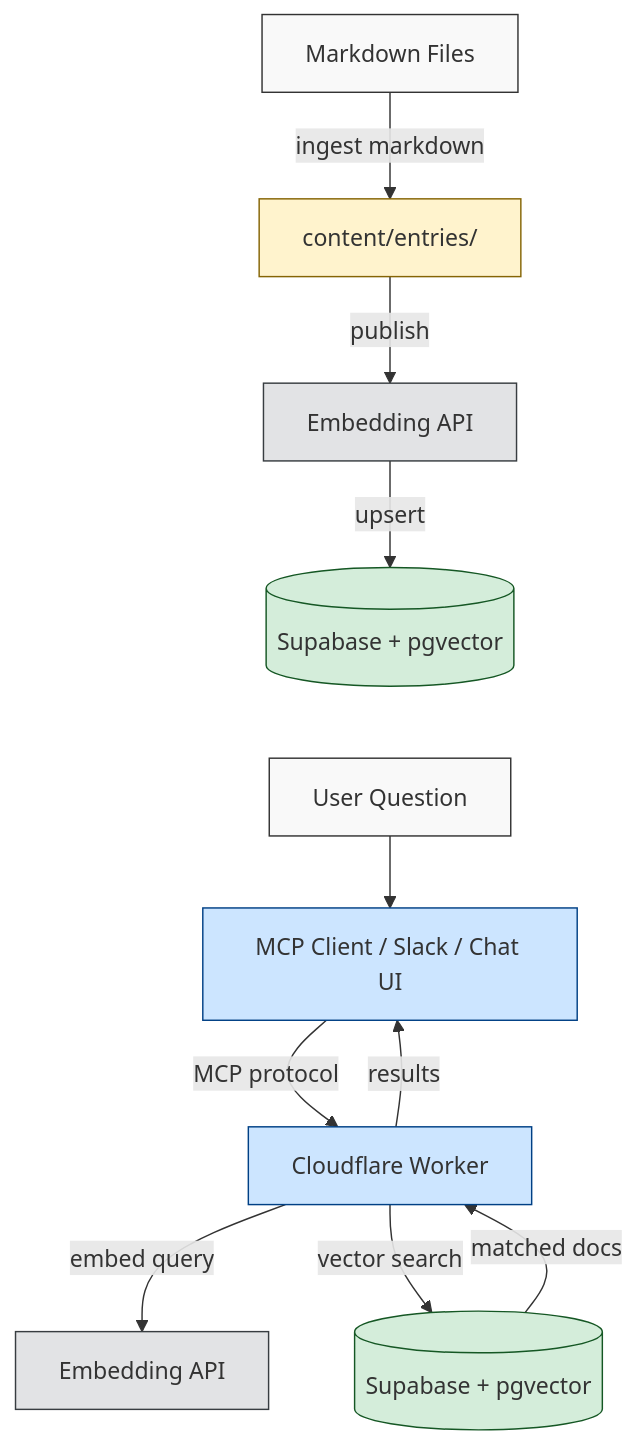
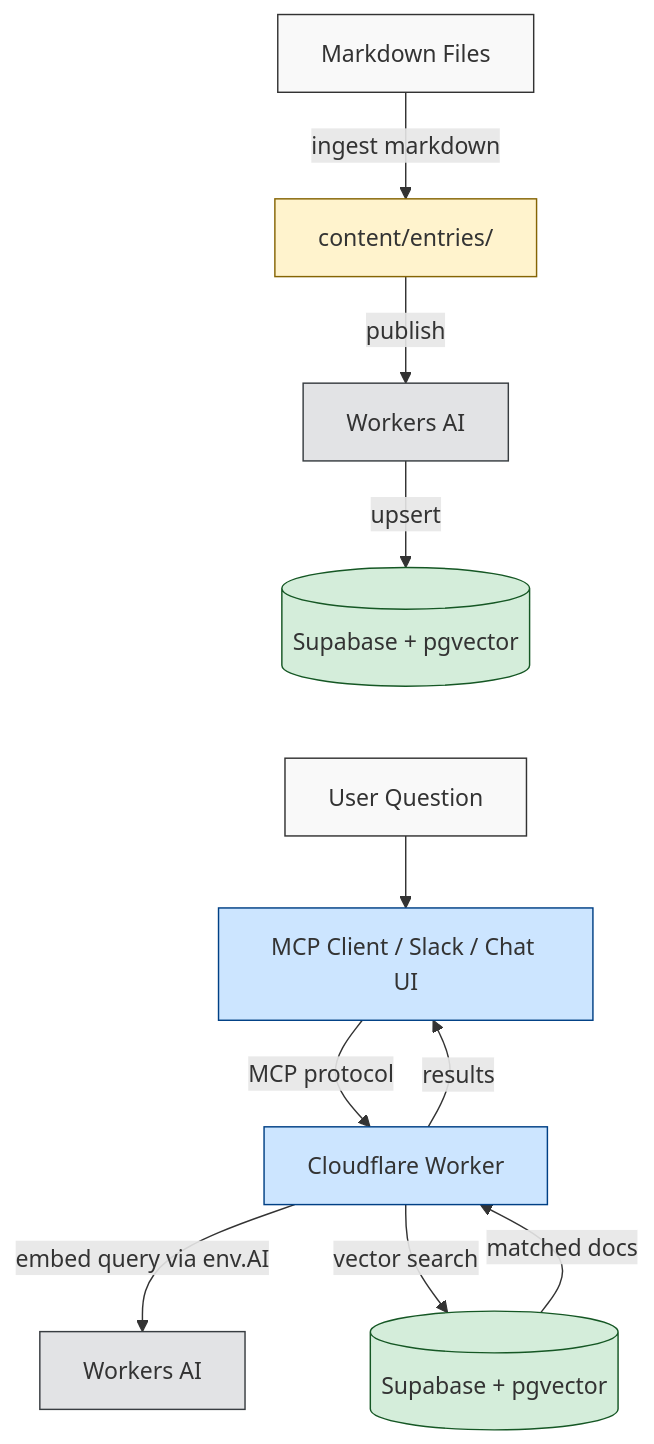
One commit to southleft/company-docs-mcp changed the diagram in README.md. Above: the diagram before and after it, drawn with Mermaid. The commit also changed other lines of this file and 15 other files, not shown here.

````diff
--- a/README.md
+++ b/README.md
@@ -153,26 +248,26 @@
 ```mermaid
 flowchart TD
     A["Markdown Files"]
     A -->|ingest markdown| B["content/entries/"]
-    B -->|publish| C["Embedding API"]
+    B -->|publish| C["Workers AI"]
     C -->|upsert| D[("Supabase + pgvector")]
 
     D ~~~ E
 
     E["User Question"] --> F["MCP Client / Slack / Chat UI"]
     F -->|MCP protocol| G["Cloudflare Worker"]
-    G -->|embed query| H["Embedding API"]
+    G -->|embed query via env.AI| H["Workers AI"]
     G -->|vector search| I[("Supabase + pgvector")]
     I -->|matched docs| G
     G -->|results| F
 
     style A fill:#f9f9f9,stroke:#333,color:#333
     style B fill:#fff3cd,stroke:#856404,color:#333
     style C fill:#e2e3e5,stroke:#383d41,color:#333
     style D fill:#d4edda,stroke:#155724,color:#333
     style E fill:#f9f9f9,stroke:#333,color:#333
     style F fill:#cce5ff,stroke:#004085,color:#333
     style G fill:#cce5ff,stroke:#004085,color:#333
     style H fill:#e2e3e5,stroke:#383d41,color:#333
     style I fill:#d4edda,stroke:#155724,color:#333
 ```
````
